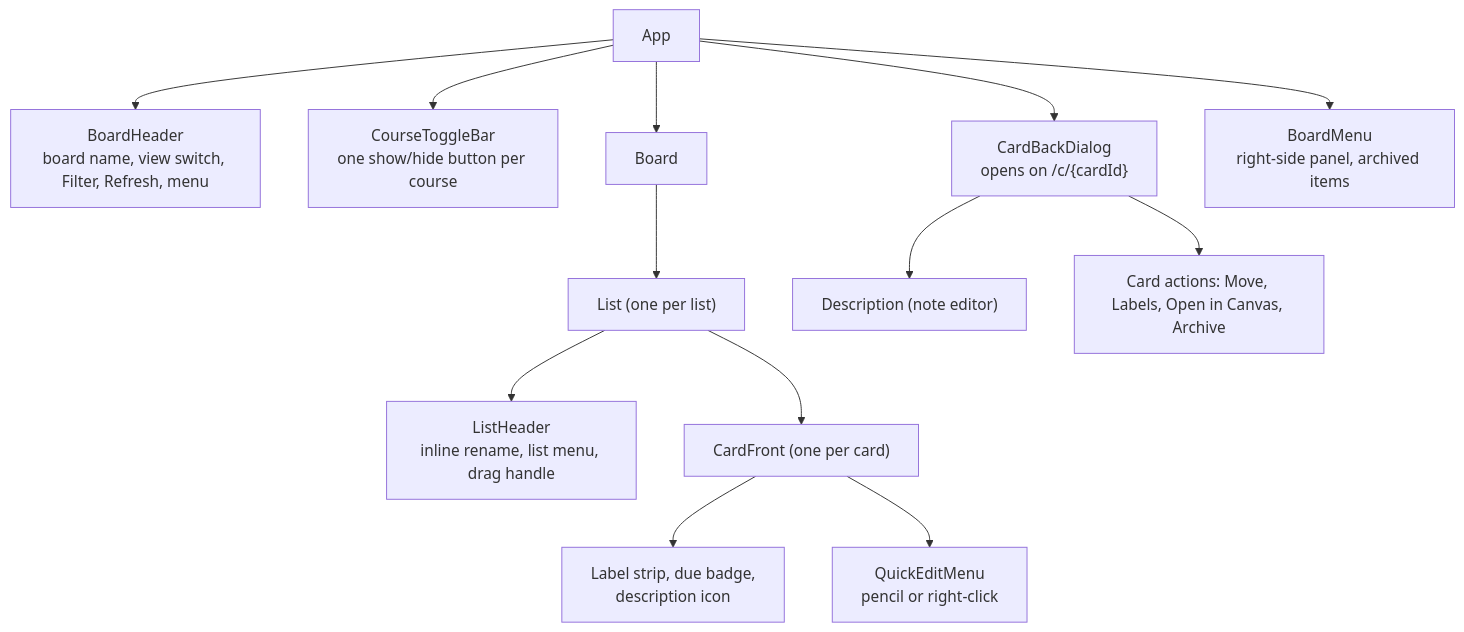
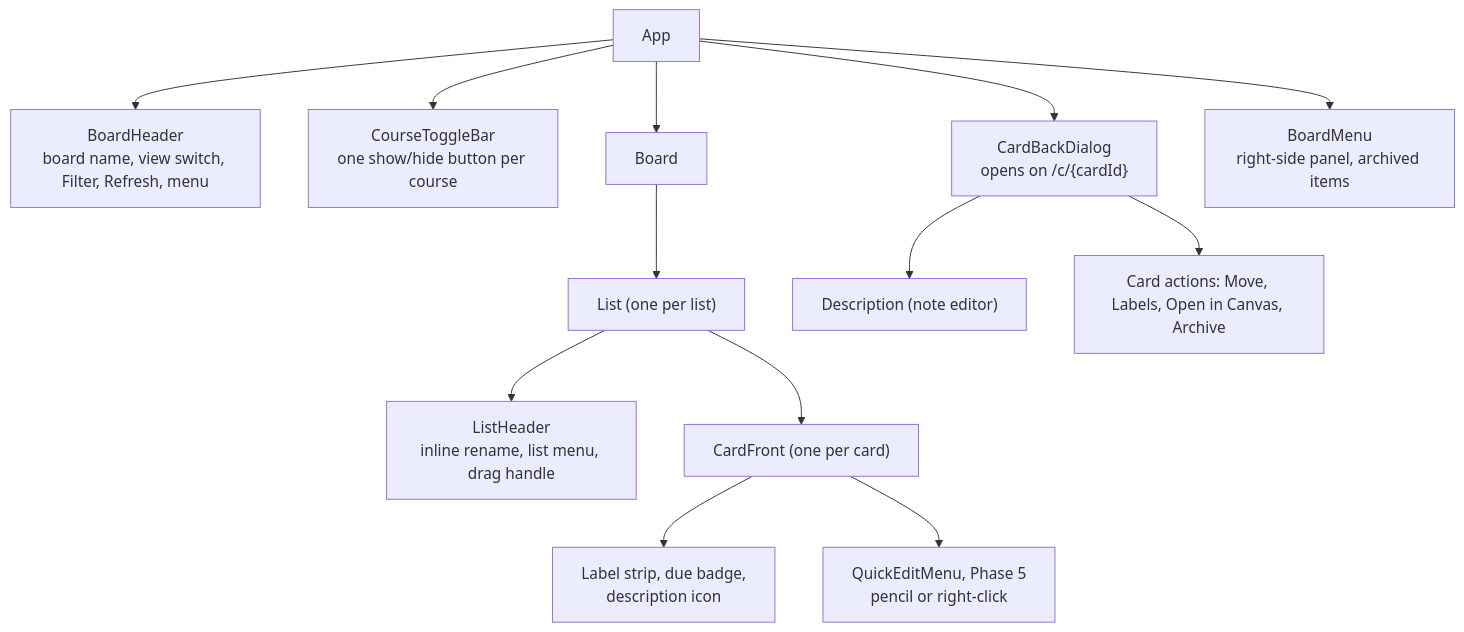
One commit to bbranton/TestProj changed the sixth of 6 diagrams in docs/canvas-portal/03-design.md. Above: the diagram before and after it, drawn with Mermaid. The commit also changed other lines of this file and 4 other files, not shown here.

First line of the commit message:
Move the card quick edit menu (FR-69) to Phase 5

````diff
--- a/docs/canvas-portal/03-design.md
+++ b/docs/canvas-portal/03-design.md
@@ -395,15 +395,15 @@
 ```mermaid
 flowchart TD
     App --> Header["BoardHeader<br/>board name, view switch, Filter, Refresh, menu"]
     App --> Toggles["CourseToggleBar<br/>one show/hide button per course"]
     App --> Board
     App --> CardBack["CardBackDialog<br/>opens on /c/{cardId}"]
     App --> BoardMenu["BoardMenu<br/>right-side panel, archived items"]
     Board --> List["List (one per list)"]
     List --> ListHeader["ListHeader<br/>inline rename, list menu, drag handle"]
     List --> Card["CardFront (one per card)"]
     Card --> Badges["Label strip, due badge,<br/>description icon"]
-    Card --> QuickEdit["QuickEditMenu<br/>pencil or right-click"]
+    Card --> QuickEdit["QuickEditMenu, Phase 5<br/>pencil or right-click"]
     CardBack --> Desc["Description (note editor)"]
     CardBack --> Sidebar["Card actions: Move, Labels, Open in Canvas, Archive"]
 ```
````
